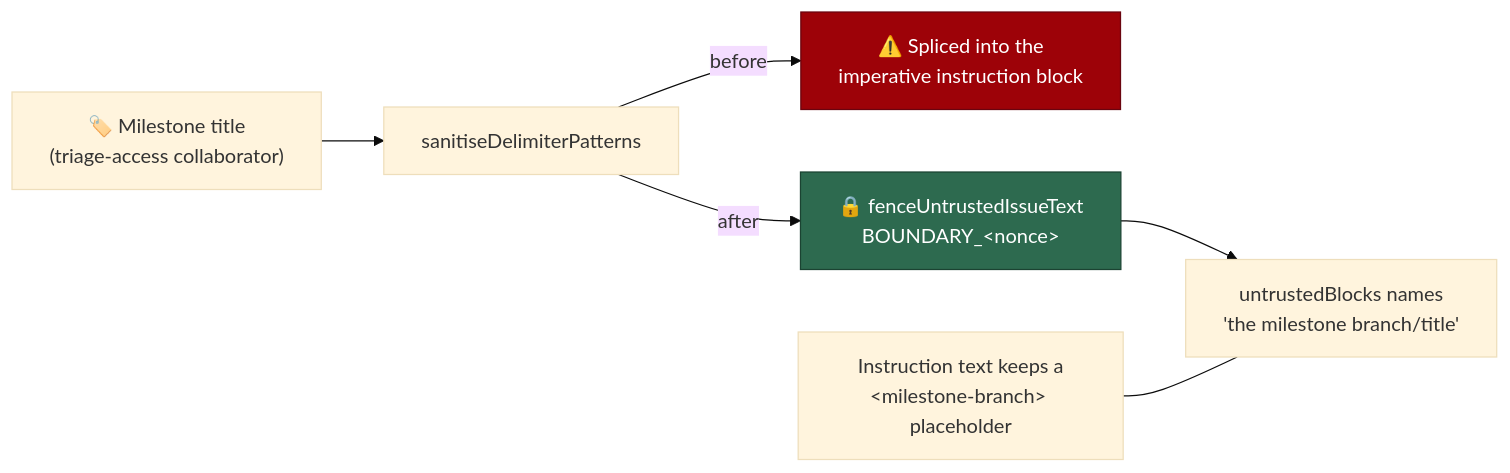
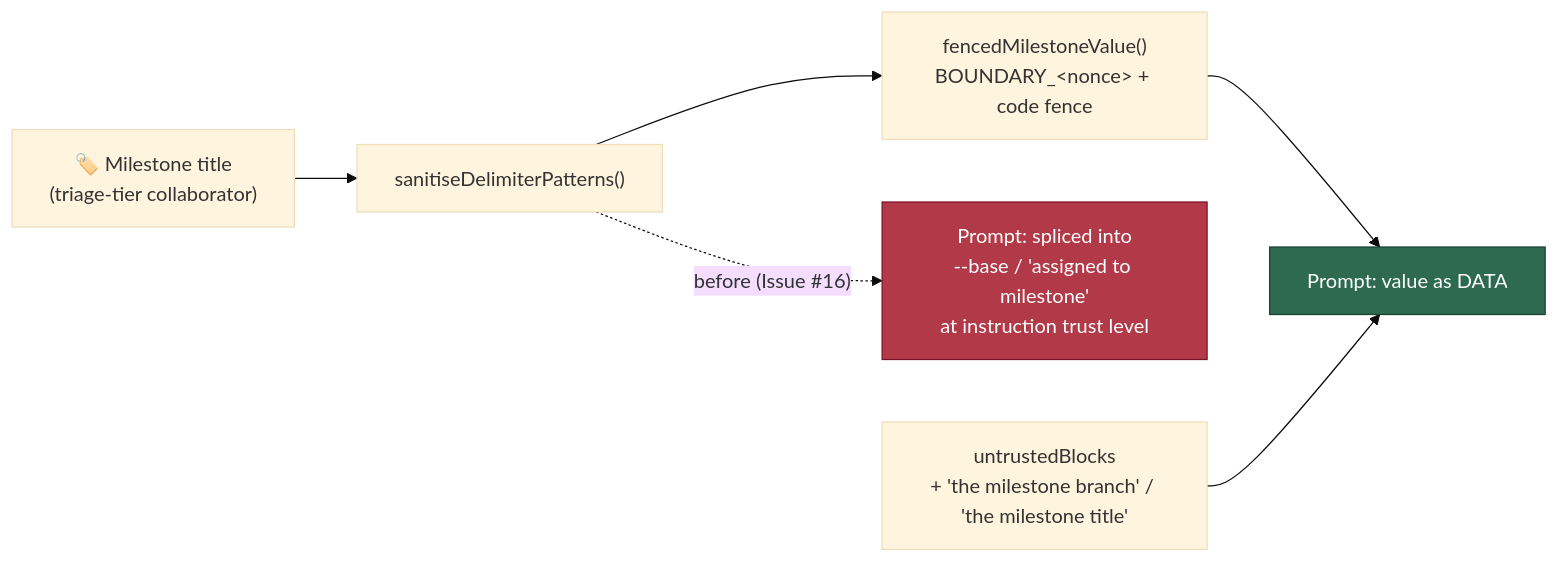
One commit to stSoftwareAU/VibeCoder changed the diagram in docs/archive/pr-summaries/pr-summary-16.md. Above: the diagram before and after it, drawn with Mermaid (base theme). The commit also changed other lines of this file and 5 other files, not shown here.

First line of the commit message:
Fence milestone branch/title as untrusted prompt content (Issue #16)

````diff
--- a/docs/archive/pr-summaries/pr-summary-16.md
+++ b/docs/archive/pr-summaries/pr-summary-16.md
@@ -60,10 +47,10 @@
 ```mermaid
 flowchart LR
-    M["🏷️ Milestone title<br/>(triage-access collaborator)"] --> S["sanitiseDelimiterPatterns"]
-    S -->|before| I["⚠️ Spliced into the<br/>imperative instruction block"]
-    S -->|after| F["🔒 fenceUntrustedIssueText<br/>BOUNDARY_&lt;nonce&gt;"]
-    F --> D["untrustedBlocks names<br/>'the milestone branch/title'"]
-    P["Instruction text keeps a<br/>&lt;milestone-branch&gt; placeholder"] --- D
-    style I fill:#9d0208,stroke:#6a040f,color:#fff
-    style F fill:#2d6a4f,stroke:#1b4332,color:#fff
+    M["🏷️ Milestone title<br/>(triage-tier collaborator)"] --> S["sanitiseDelimiterPatterns()"]
+    S --> F["fencedMilestoneValue()<br/>BOUNDARY_&lt;nonce&gt; + code fence"]
+    F --> P["Prompt: value as DATA"]
+    S -. "before (Issue #16)" .-> I["Prompt: spliced into<br/>--base / 'assigned to milestone'<br/>at instruction trust level"]
+    U["untrustedBlocks<br/>+ 'the milestone branch' / 'the milestone title'"] --> P
+    style I fill:#b23a48,stroke:#7d1128,color:#fff
+    style P fill:#2d6a4f,stroke:#1b4332,color:#fff
 ```
````
